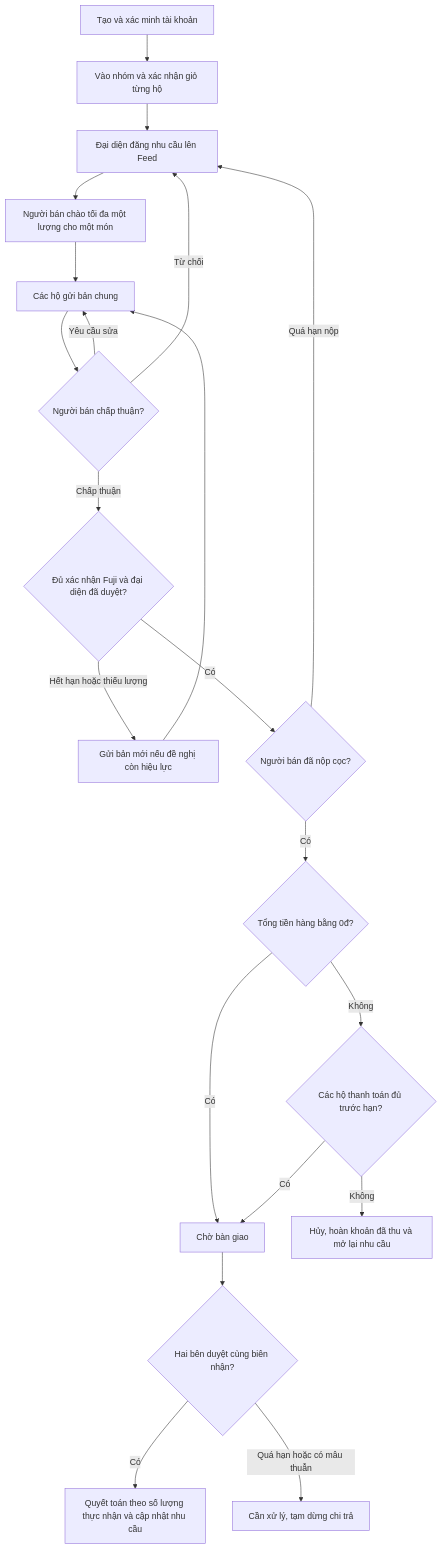
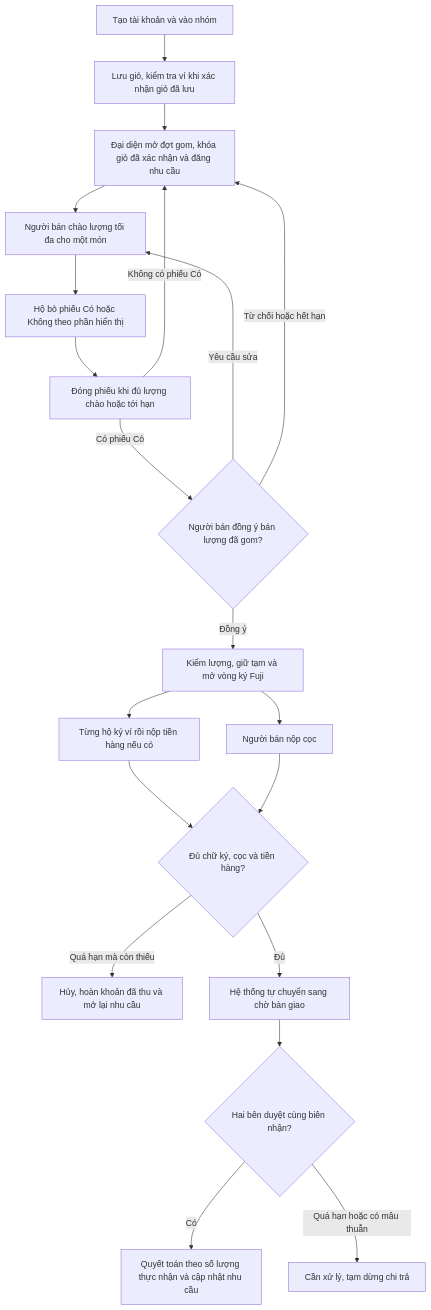
One commit to hmintrun/OOPS changed the diagram in docs/OOPS-Spec.md. Above: the diagram before and after it, drawn with Mermaid. The commit also changed other lines of this file, not shown here.

First line of the commit message:
docs(b04): record the agreed voting and SIM payment flow

````diff
--- a/docs/OOPS-Spec.md
+++ b/docs/OOPS-Spec.md
@@ -69,23 +69,22 @@
 ```mermaid
 flowchart TD
-    A["Tạo và xác minh tài khoản"] --> B["Vào nhóm và xác nhận giỏ từng hộ"]
-    B --> C["Đại diện đăng nhu cầu lên Feed"]
-    C --> D["Người bán chào tối đa một lượng cho một món"]
-    D --> E["Các hộ gửi bản chung"]
-    E --> S{"Người bán chấp thuận?"}
-    S -->|Yêu cầu sửa| E
-    S -->|Từ chối| C
-    S -->|Chấp thuận| U{"Đủ xác nhận Fuji và đại diện đã duyệt?"}
-    U -->|Hết hạn hoặc thiếu lượng| V["Gửi bản mới nếu đề nghị còn hiệu lực"]
-    V --> E
-    U -->|Có| F{"Người bán đã nộp cọc?"}
-    F -->|Quá hạn nộp| C
-    F -->|Có| G{"Tổng tiền hàng bằng 0đ?"}
-    G -->|Có| I["Chờ bàn giao"]
-    G -->|Không| H{"Các hộ thanh toán đủ trước hạn?"}
-    H -->|Không| R["Hủy, hoàn khoản đã thu và mở lại nhu cầu"]
-    H -->|Có| I
+    A["Tạo tài khoản và vào nhóm"] --> B["Lưu giỏ, kiểm tra ví khi xác nhận giỏ đã lưu"]
+    B --> C["Đại diện mở đợt gom, khóa giỏ đã xác nhận và đăng nhu cầu"]
+    C --> D["Người bán chào lượng tối đa cho một món"]
+    D --> E["Hộ bỏ phiếu Có hoặc Không theo phần hiển thị"]
+    E --> F["Đóng phiếu khi đủ lượng chào hoặc tới hạn"]
+    F -->|Có phiếu Có| S{"Người bán đồng ý bán lượng đã gom?"}
+    F -->|Không có phiếu Có| C
+    S -->|Yêu cầu sửa| D
+    S -->|Từ chối hoặc hết hạn| C
+    S -->|Đồng ý| U["Kiểm lượng, giữ tạm và mở vòng ký Fuji"]
+    U --> H["Từng hộ ký ví rồi nộp tiền hàng nếu có"]
+    U --> P["Người bán nộp cọc"]
+    H --> G{"Đủ chữ ký, cọc và tiền hàng?"}
+    P --> G
+    G -->|Quá hạn mà còn thiếu| R["Hủy, hoàn khoản đã thu và mở lại nhu cầu"]
+    G -->|Đủ| I["Hệ thống tự chuyển sang chờ bàn giao"]
     I --> J{"Hai bên duyệt cùng biên nhận?"}
     J -->|Có| K["Quyết toán theo số lượng thực nhận và cập nhật nhu cầu"]
     J -->|Quá hạn hoặc có mâu thuẫn| L["Cần xử lý, tạm dừng chi trả"]
 ```
````
